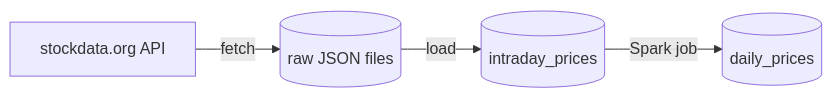
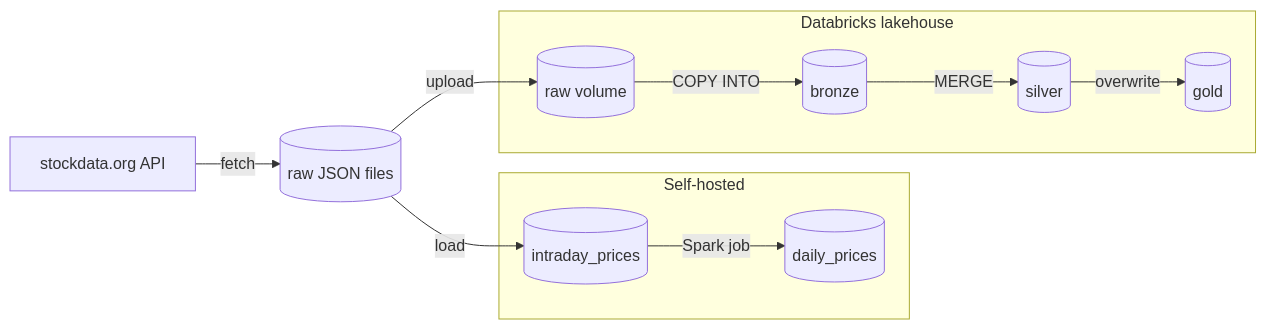
One commit to bkajj/market-tracker changed the first of 3 diagrams in README.md. Above: the diagram before and after it, drawn with Mermaid. The commit also changed other lines of this file, not shown here.

Commit message:
docs: add databricks to README

````diff
--- a/README.md
+++ b/README.md
@@ -13,4 +13,15 @@
 ```mermaid
 flowchart LR
-    API[stockdata.org API] -->|fetch| RAW[("raw JSON files")] -->|load| INTRA[("intraday_prices")] -->|Spark job| DAILY[("daily_prices")]
+    API[stockdata.org API] -->|fetch| RAW[("raw JSON files")]
+
+    subgraph local [Self-hosted]
+        INTRA[("intraday_prices")] -->|Spark job| DAILY[("daily_prices")]
+    end
+
+    subgraph dbx [Databricks lakehouse]
+        VOL[("raw volume")] -->|COPY INTO| BRONZE[("bronze")] -->|MERGE| SILVER[("silver")] -->|overwrite| GOLD[("gold")]
+    end
+
+    RAW -->|load| INTRA
+    RAW -->|upload| VOL
 ```
````
